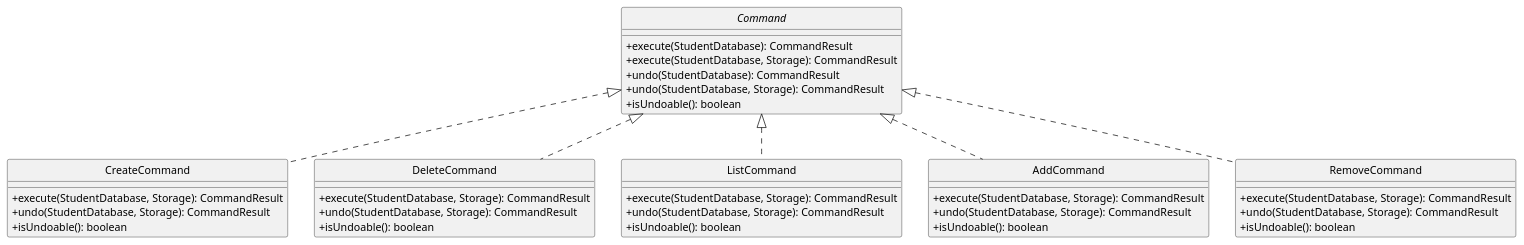
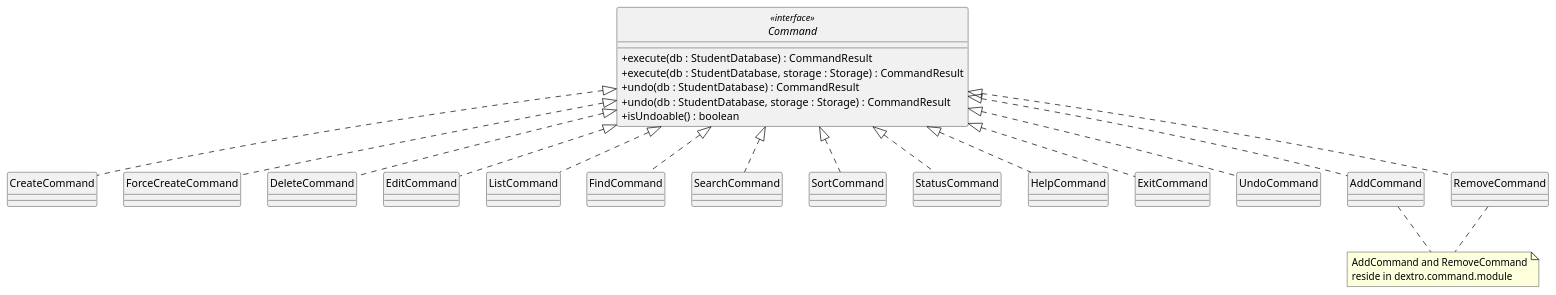
One commit to AY2526S2-CS2113-T11-4/tp changed the diagram in docs/diagrams/CommandClassDiagram.puml. Above: the diagram before and after it, drawn with PlantUML. The commit also changed 17 other files, not shown here.

```diff
--- a/docs/diagrams/CommandClassDiagram.puml
+++ b/docs/diagrams/CommandClassDiagram.puml
@@ -1,48 +1,33 @@
 @startuml CommandClassDiagram
 skinparam classAttributeIconSize 0
 skinparam style strictuml
 
-interface Command {
-    +execute(StudentDatabase): CommandResult
-    +execute(StudentDatabase, Storage): CommandResult
-    +undo(StudentDatabase): CommandResult
-    +undo(StudentDatabase, Storage): CommandResult
-    +isUndoable(): boolean
+
+interface Command <<interface>> {
+    +execute(db : StudentDatabase) : CommandResult
+    +execute(db : StudentDatabase, storage : Storage) : CommandResult
+    +undo(db : StudentDatabase) : CommandResult
+    +undo(db : StudentDatabase, storage : Storage) : CommandResult
+    +isUndoable() : boolean
 }
 
-class CreateCommand {
-    +execute(StudentDatabase, Storage): CommandResult
-    +undo(StudentDatabase, Storage): CommandResult
-    +isUndoable(): boolean
-}
+class CreateCommand      implements Command
+class ForceCreateCommand implements Command
+class DeleteCommand      implements Command
+class EditCommand        implements Command
+class ListCommand        implements Command
+class FindCommand        implements Command
+class SearchCommand      implements Command
+class SortCommand        implements Command
+class StatusCommand      implements Command
+class HelpCommand        implements Command
+class ExitCommand        implements Command
+class UndoCommand        implements Command
+class AddCommand         implements Command
+class RemoveCommand      implements Command
 
-class DeleteCommand {
-    +execute(StudentDatabase, Storage): CommandResult
-    +undo(StudentDatabase, Storage): CommandResult
-    +isUndoable(): boolean
-}
+note "AddCommand and RemoveCommand\nreside in dextro.command.module" as N1
+AddCommand .. N1
+RemoveCommand .. N1
 
-class ListCommand {
-    +execute(StudentDatabase, Storage): CommandResult
-    +undo(StudentDatabase, Storage): CommandResult
-    +isUndoable(): boolean
-}
-
-class AddCommand {
-    +execute(StudentDatabase, Storage): CommandResult
-    +undo(StudentDatabase, Storage): CommandResult
-    +isUndoable(): boolean
-}
-
-class RemoveCommand {
-    +execute(StudentDatabase, Storage): CommandResult
-    +undo(StudentDatabase, Storage): CommandResult
-    +isUndoable(): boolean
-}
-
-Command <|.. CreateCommand
-Command <|.. DeleteCommand
-Command <|.. ListCommand
-Command <|.. AddCommand
-Command <|.. RemoveCommand
 @enduml
```
